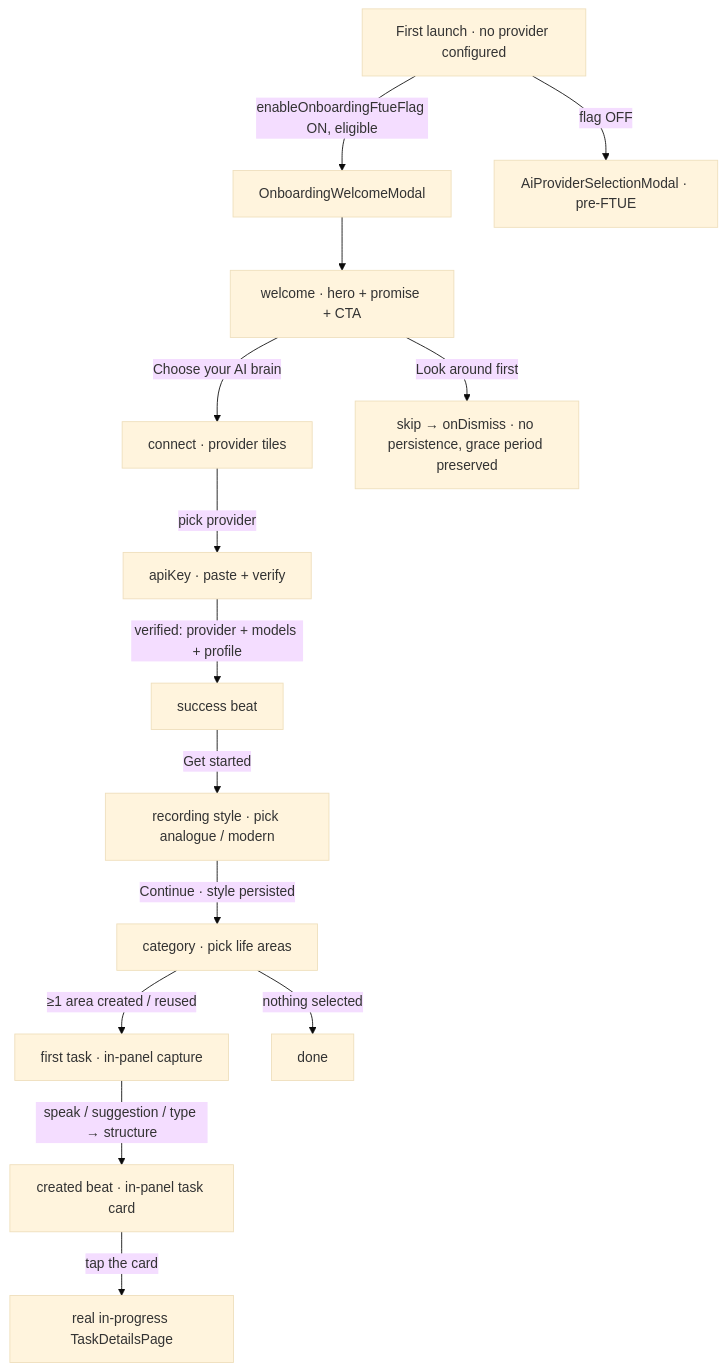
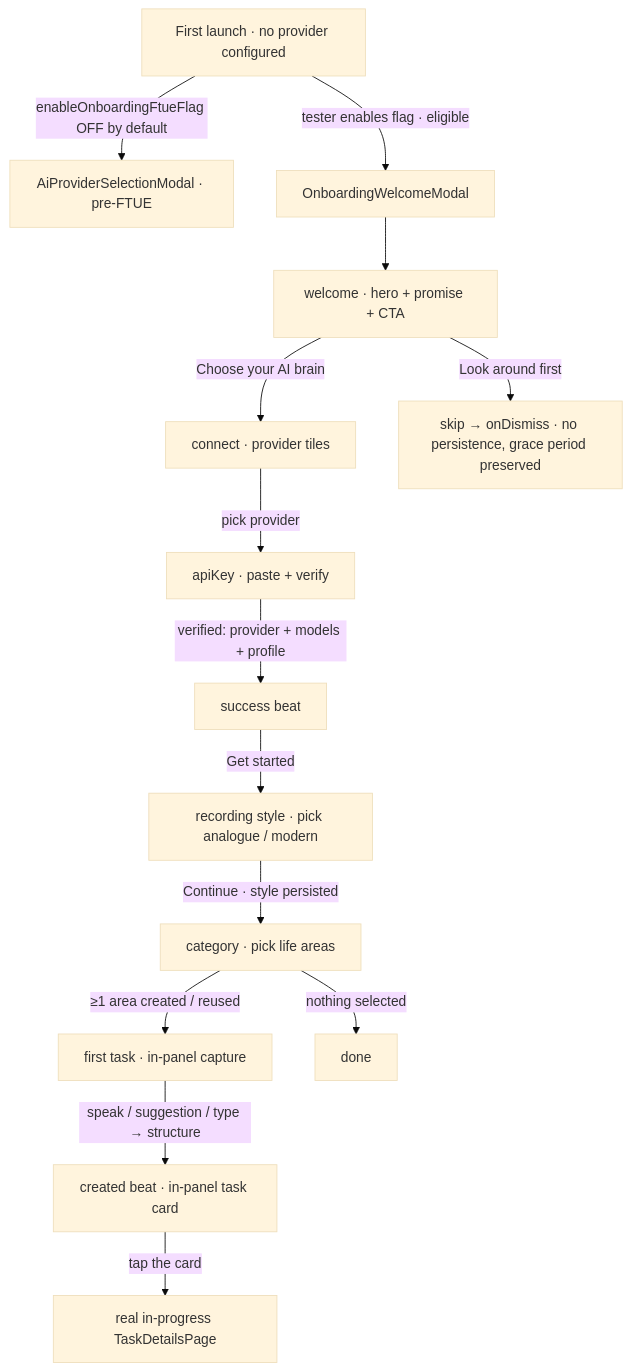
Before and after one commit to matthiasn/lotti: the first of 7 diagrams in lib/features/onboarding/README.md, drawn with Mermaid (base theme). The commit also changed other lines of this file and 34 other files, not shown here.

Commit message:
feat: prepare onboarding dark launch and rollout controls (#3484)

````diff
--- a/lib/features/onboarding/README.md
+++ b/lib/features/onboarding/README.md
@@ -21,16 +21,16 @@
 ```mermaid
 flowchart TD
-    L[First launch · no provider configured] -->|enableOnboardingFtueFlag ON, eligible| W[OnboardingWelcomeModal]
-    L -->|flag OFF| LEGACY[AiProviderSelectionModal · pre-FTUE]
+    L[First launch · no provider configured] -->|enableOnboardingFtueFlag OFF by default| LEGACY[AiProviderSelectionModal · pre-FTUE]
+    L -->|tester enables flag · eligible| W[OnboardingWelcomeModal]
     W --> WL[welcome · hero + promise + CTA]
     WL -->|Choose your AI brain| CN[connect · provider tiles]
     WL -->|Look around first| SK[skip → onDismiss · no persistence, grace period preserved]
     CN -->|pick provider| AK[apiKey · paste + verify]
     AK -->|verified: provider + models + profile| SU[success beat]
     SU -->|Get started| RS[recording style · pick analogue / modern]
     RS -->|Continue · style persisted| CAT[category · pick life areas]
     CAT -->|≥1 area created / reused| FT[first task · in-panel capture]
     CAT -->|nothing selected| DONE[done]
     FT -->|speak / suggestion / type → structure| CARD[created beat · in-panel task card]
     CARD -->|tap the card| TASK[real in-progress TaskDetailsPage]
 ```
````
